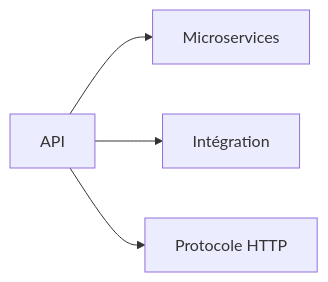
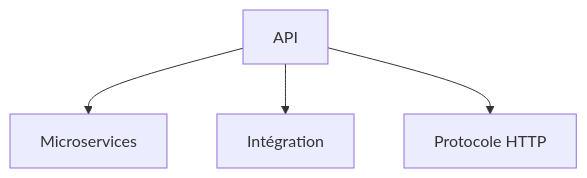
The second of 38 diagrams in docs/glossaire/bases-fondamentales.md (zyrass/omnydocs), drawn with Mermaid before and after one commit. The commit also changed other lines of this file and 1780 other files, not shown here.

````diff
--- a/docs/glossaire/bases-fondamentales.md
+++ b/docs/glossaire/bases-fondamentales.md
@@ -44,6 +54,6 @@
-    ```mermaid
-    graph LR
-        A[API] --> B[Microservices]
-        A --> C[Intégration]
-        A --> D[Protocole HTTP]
-    ```
+```mermaid
+graph TB
+    A[API] --> B[Microservices]
+    A --> C[Intégration]
+    A --> D[Protocole HTTP]
+```
````
